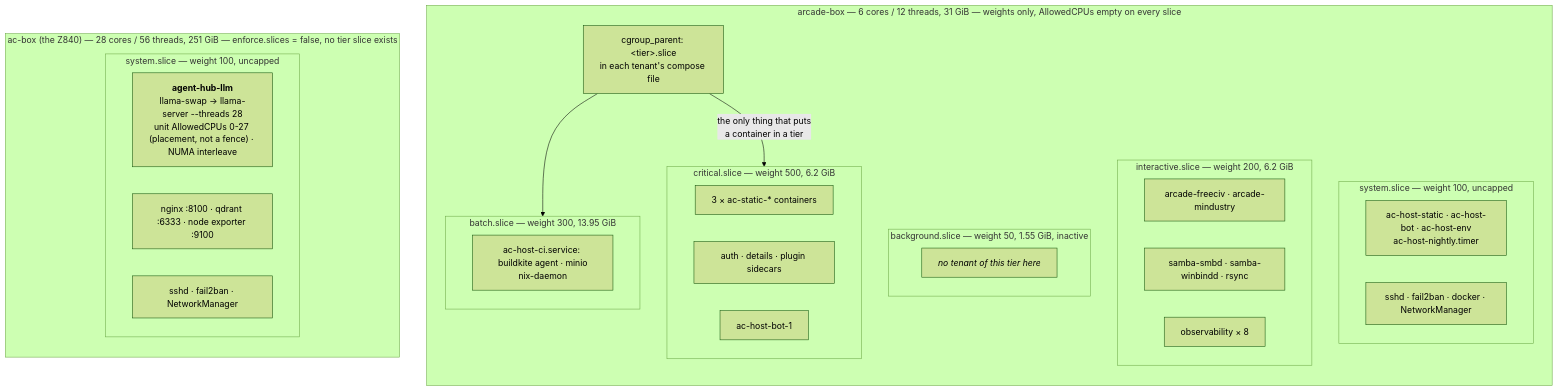
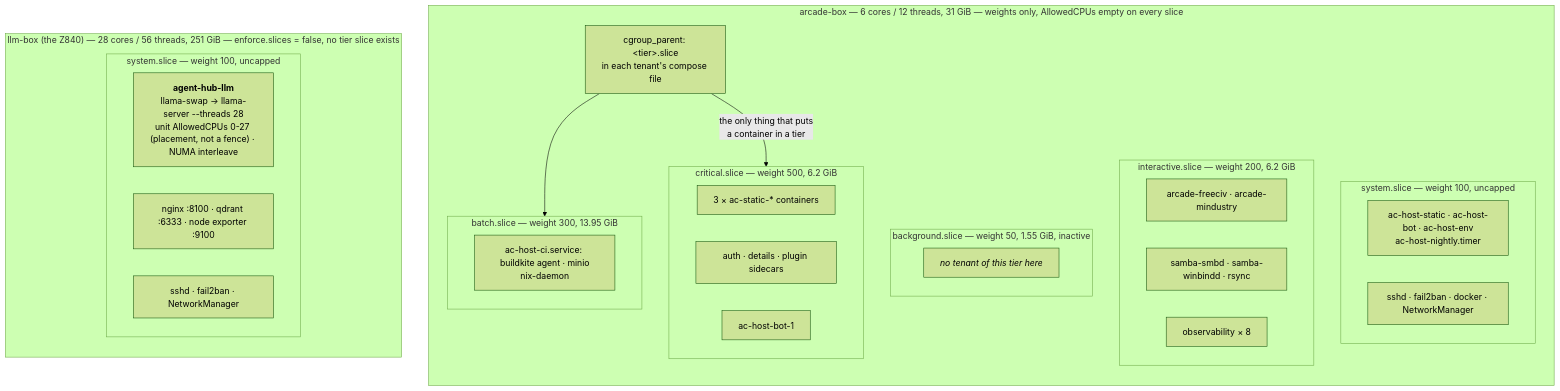
One commit to imkarrer/homelab changed the third of 5 diagrams in docs/architecture.md. Above: the diagram before and after it, drawn with Mermaid (forest theme). The commit also changed other lines of this file and 36 other files, not shown here.

````diff
--- a/docs/architecture.md
+++ b/docs/architecture.md
@@ -175,37 +177,37 @@
 ```mermaid
 flowchart TB
     subgraph ARC ["arcade-box — 6 cores / 12 threads, 31 GiB — weights only, AllowedCPUs empty on every slice"]
         direction TB
         subgraph SYS ["system.slice — weight 100, uncapped"]
             S1["ac-host-static · ac-host-bot · ac-host-env<br/>ac-host-nightly.timer"]
             S2["sshd · fail2ban · docker · NetworkManager"]
         end
         subgraph CRIT ["critical.slice — weight 500, 6.2 GiB"]
             C1["3 × ac-static-* containers"]
             C2["auth · details · plugin sidecars"]
             C3["ac-host-bot-1"]
         end
         subgraph INT ["interactive.slice — weight 200, 6.2 GiB"]
             I1["arcade-freeciv · arcade-mindustry"]
             I2["samba-smbd · samba-winbindd · rsync"]
             I3["observability × 8"]
         end
         subgraph BG ["background.slice — weight 50, 1.55 GiB, inactive"]
             G0["<i>no tenant of this tier here</i>"]
         end
         subgraph BAT ["batch.slice — weight 300, 13.95 GiB"]
             T1["ac-host-ci.service: buildkite agent · minio<br/>nix-daemon"]
         end
         COMPOSE["cgroup_parent: &lt;tier&gt;.slice<br/>in each tenant's compose file"] -- "the only thing that puts<br/>a container in a tier" --> CRIT
         COMPOSE --> BAT
     end
 
-    subgraph Z ["ac-box (the Z840) — 28 cores / 56 threads, 251 GiB — enforce.slices = false, no tier slice exists"]
+    subgraph Z ["llm-box (the Z840) — 28 cores / 56 threads, 251 GiB — enforce.slices = false, no tier slice exists"]
         direction TB
         subgraph ZSYS ["system.slice — weight 100, uncapped"]
             Z1["<b>agent-hub-llm</b><br/>llama-swap → llama-server --threads 28<br/>unit AllowedCPUs 0-27 (placement, not a fence) · NUMA interleave"]
             Z2["nginx :8100 · qdrant :6333 · node exporter :9100"]
             Z3["sshd · fail2ban · NetworkManager"]
         end
     end
 ```
````
